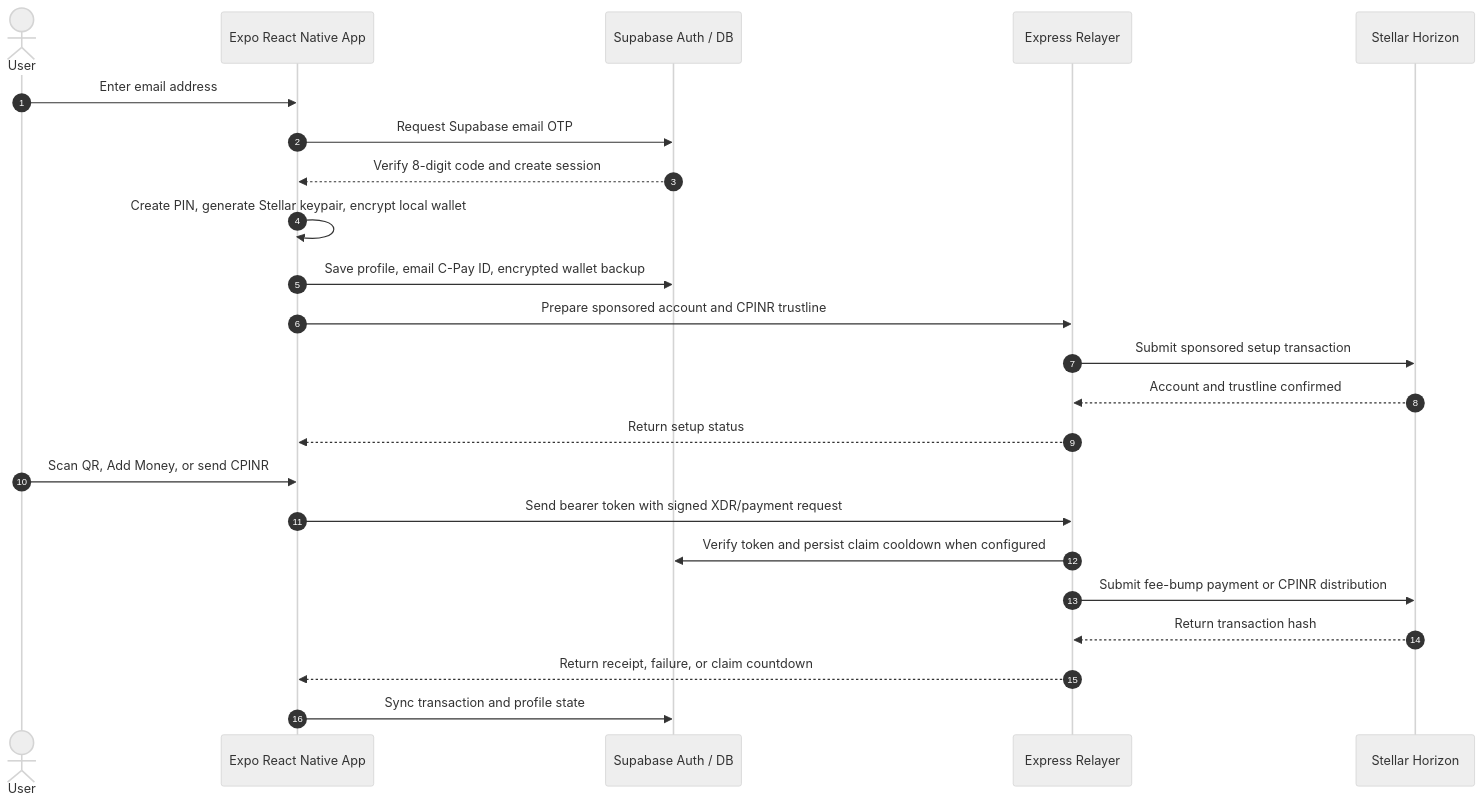
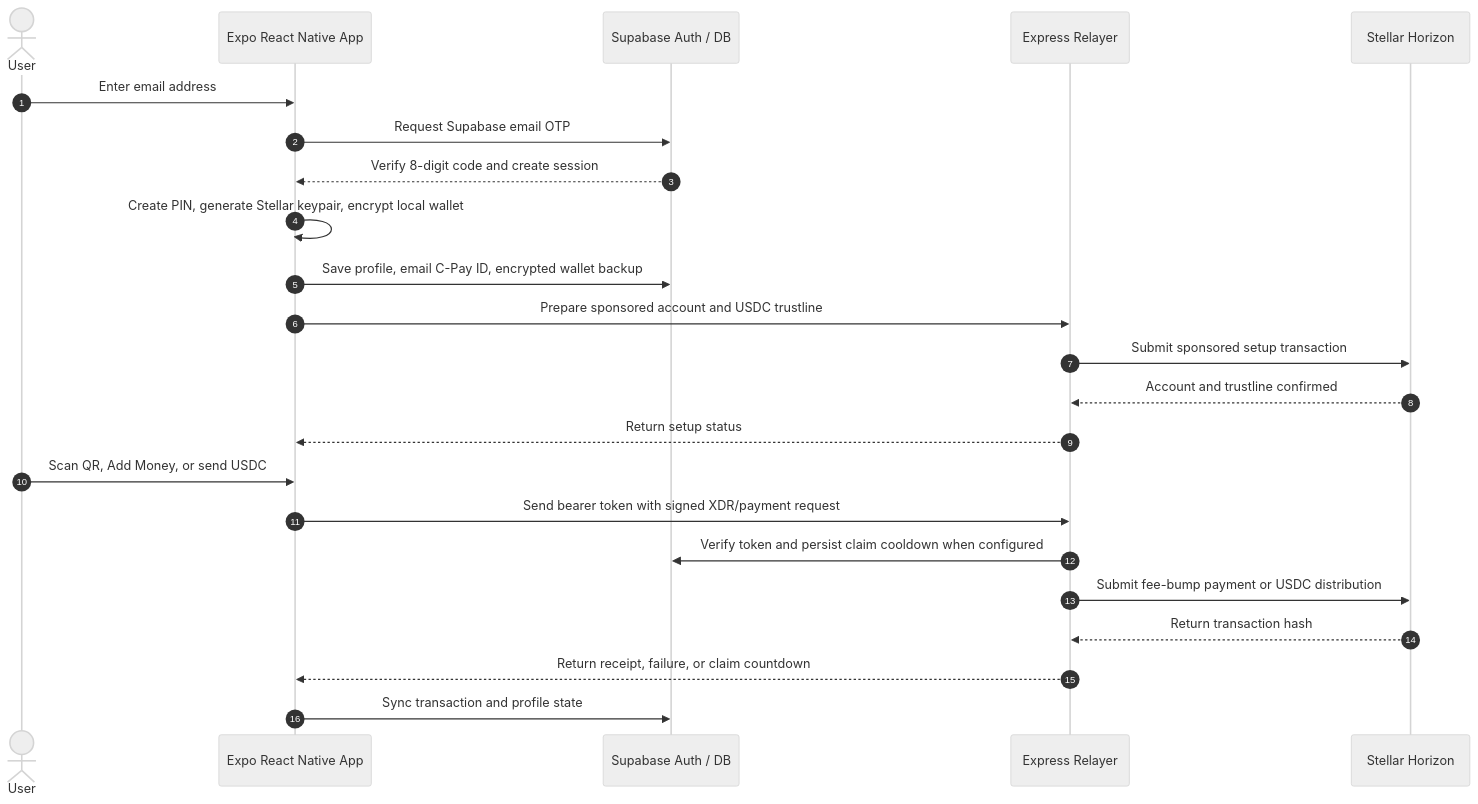
Before and after one commit to SUMAN967-GHOSH/C-Pay: the second of 2 diagrams in README.md, drawn with Mermaid (neutral theme). The commit also changed other lines of this file and 36 other files, not shown here.

Commit message:
feat: replace CPINR with Stellar USDC (#83)

````diff
--- a/README.md
+++ b/README.md
@@ -378,26 +378,26 @@
 ```mermaid
 sequenceDiagram
     autonumber
     actor User
     participant App as Expo React Native App
     participant Supabase as Supabase Auth / DB
     participant Relayer as Express Relayer
     participant Chain as Stellar Horizon
 
     User->>App: Enter email address
     App->>Supabase: Request Supabase email OTP
     Supabase-->>App: Verify 8-digit code and create session
     App->>App: Create PIN, generate Stellar keypair, encrypt local wallet
     App->>Supabase: Save profile, email C-Pay ID, encrypted wallet backup
-    App->>Relayer: Prepare sponsored account and CPINR trustline
+    App->>Relayer: Prepare sponsored account and USDC trustline
     Relayer->>Chain: Submit sponsored setup transaction
     Chain-->>Relayer: Account and trustline confirmed
     Relayer-->>App: Return setup status
-    User->>App: Scan QR, Add Money, or send CPINR
+    User->>App: Scan QR, Add Money, or send USDC
     App->>Relayer: Send bearer token with signed XDR/payment request
     Relayer->>Supabase: Verify token and persist claim cooldown when configured
-    Relayer->>Chain: Submit fee-bump payment or CPINR distribution
+    Relayer->>Chain: Submit fee-bump payment or USDC distribution
     Chain-->>Relayer: Return transaction hash
     Relayer-->>App: Return receipt, failure, or claim countdown
     App->>Supabase: Sync transaction and profile state
 ```
````
